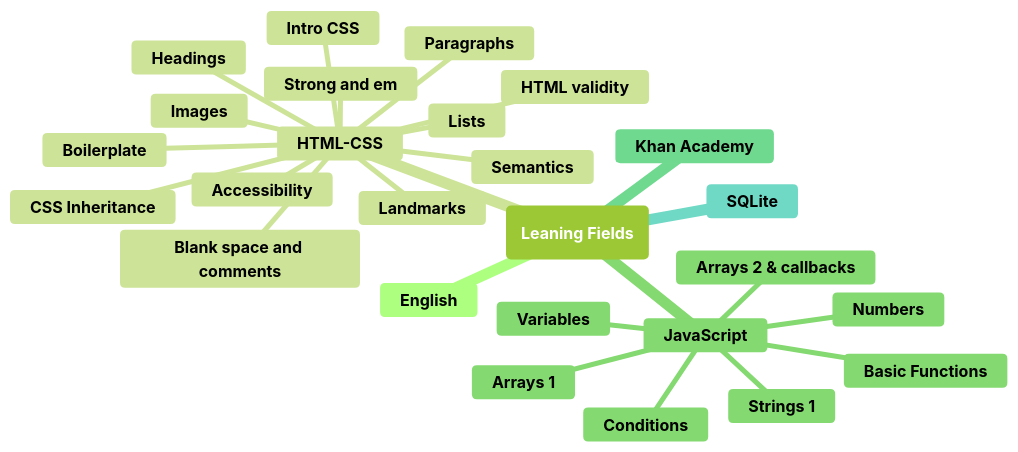
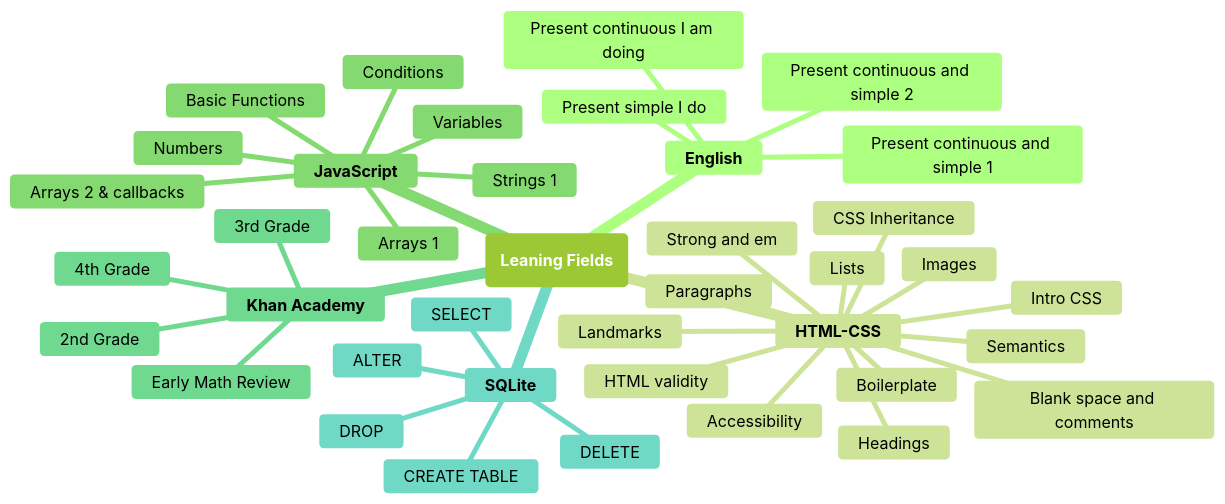
One commit to MarvinSilcGit/Learning changed the diagram in README.md. Above: the diagram before and after it, drawn with Mermaid (forest theme).

````diff
--- a/README.md
+++ b/README.md
@@ -4,30 +4,43 @@
 ```mermaid
 mindmap
   root(**Leaning Fields**)
     **English**
+        Present continuous I am doing
+        Present simple I do
+        Present continuous and simple 1
+        Present continuous and simple 2
     **HTML-CSS**
-      **Semantics**
-      **Accessibility**
-      **Headings**
-      **Boilerplate**
-      **Blank space and comments**
-      **Paragraphs**
-      **Lists**
-      **HTML validity**
-      **Landmarks**
-      **Strong and em**
-      **Images**
-      **Intro CSS**
-      **CSS Inheritance**
+        Semantics
+        Accessibility
+        Headings
+        Boilerplate
+        Blank space and comments
+        Paragraphs
+        Lists
+        HTML validity
+        Landmarks
+        Strong and em
+        Images
+        Intro CSS
+        CSS Inheritance
     **JavaScript**
-      **Basic Functions**
-      **Strings 1**
-      **Numbers**
-      **Variables**
-      **Conditions**
-      **Arrays 1**
-      **Arrays 2 & callbacks**
+        Basic Functions
+        Strings 1
+        Numbers
+        Variables
+        Conditions
+        Arrays 1
+        Arrays 2 & callbacks
     **Khan Academy**
+        Early Math Review
+        2nd Grade
+        3rd Grade
+        4th Grade
     **SQLite**
+        CREATE TABLE
+        SELECT
+        ALTER
+        DROP
+        DELETE
     
 ```
````
